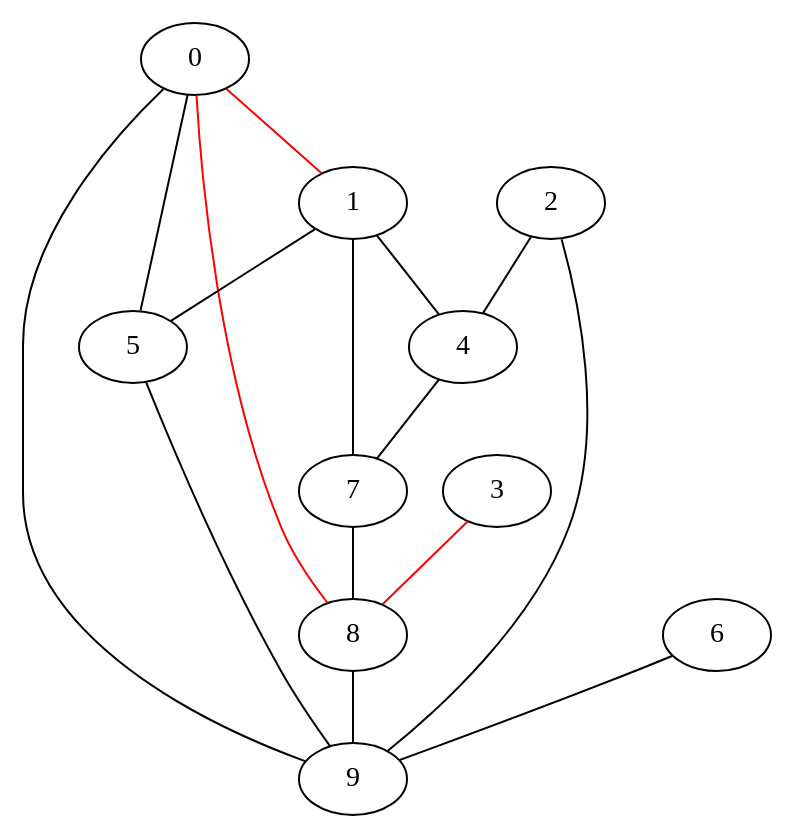
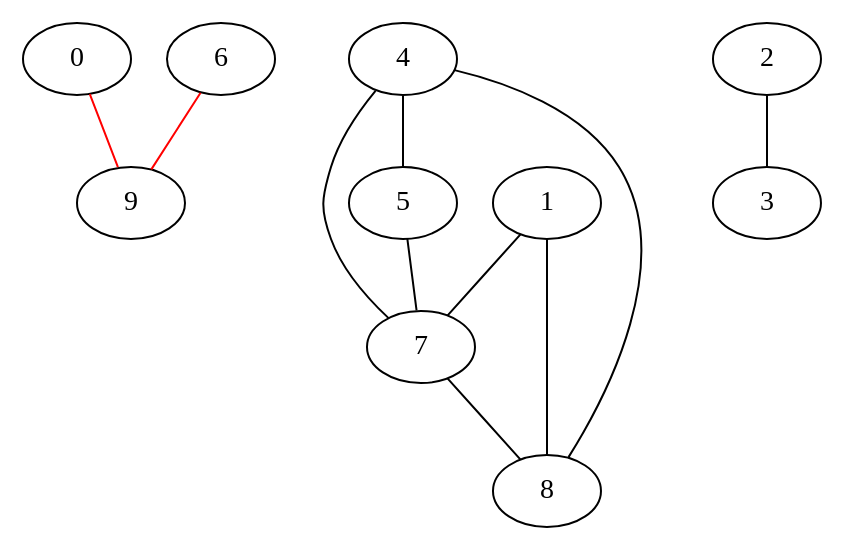
Before and after one commit to KishoreKaushal/CSLAB-MONSOON-2017: the diagram in longest_shortest_path/long.dot, drawn with Graphviz. The commit also changed 5 other files, not shown here.

```diff
--- a/longest_shortest_path/long.dot
+++ b/longest_shortest_path/long.dot
@@ -1,20 +1,17 @@
-graph one
+graph test3
  { 
-0 -- 1  [color=red];
-0 -- 5 ;
-0 -- 8  [color=red];
-0 -- 9 ;
-1 -- 4 ;
-1 -- 5 ;
+0 -- 9  [color=red];
 1 -- 7 ;
-2 -- 4 ;
-2 -- 9 ;
-3 -- 8  [color=red];
+1 -- 8 ;
+2 -- 3 ;
+3
+4 -- 5 ;
 4 -- 7 ;
-5 -- 9 ;
-6 -- 9 ;
+4 -- 8 ;
+5 -- 7 ;
+6 -- 9  [color=red];
 7 -- 8 ;
-8 -- 9 ;
+8
 9
 
 }
```
